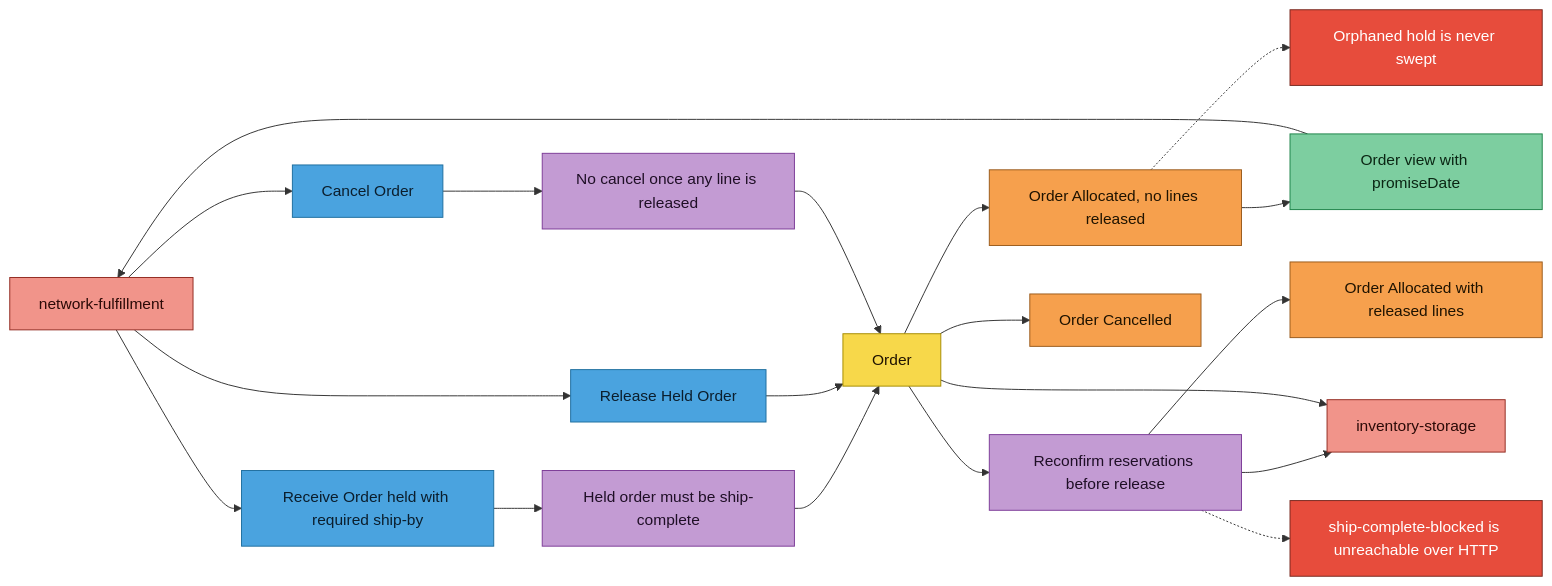
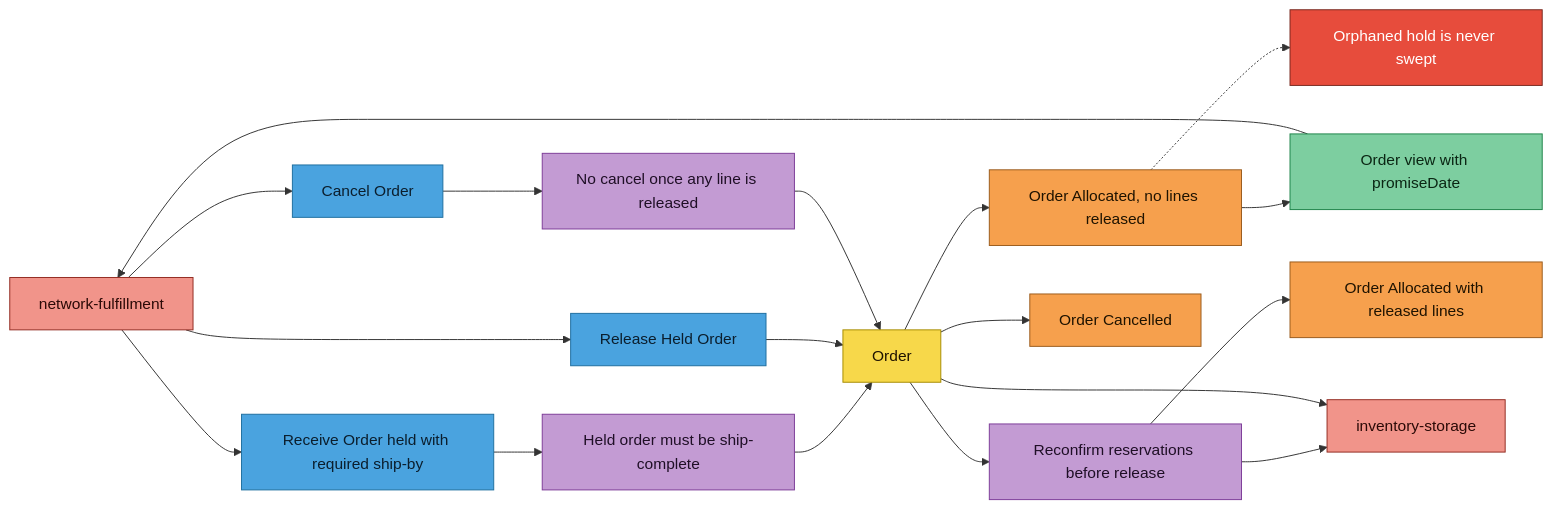
Before and after one commit to IQVO/warehouse-docs: the third of 4 diagrams in docs/contexts/order-management/eventstorming.md, drawn with Mermaid. The commit also changed other lines of this file and 107 other files, not shown here.

````diff
--- a/docs/contexts/order-management/eventstorming.md
+++ b/docs/contexts/order-management/eventstorming.md
@@ -109,38 +111,36 @@
 ```mermaid
 flowchart LR
   NF["network-fulfillment"]:::external
   ROH["Receive Order held with required ship-by"]:::command
   O2["Order"]:::aggregate
   P3["Held order must be ship-complete"]:::policy
   E7["Order Allocated, no lines released"]:::event
   RV["Order view with promiseDate"]:::readmodel
   RH["Release Held Order"]:::command
   P4["Reconfirm reservations before release"]:::policy
   E8["Order Allocated with released lines"]:::event
   CO["Cancel Order"]:::command
   P5["No cancel once any line is released"]:::policy
   INV2["inventory-storage"]:::external
   E9["Order Cancelled"]:::event
   H3["Orphaned hold is never swept"]:::hotspot
-  H4["ship-complete-blocked is unreachable over HTTP"]:::hotspot
 
   NF --> ROH --> P3 --> O2
   O2 --> E7 --> RV --> NF
   NF --> RH --> O2
   O2 --> P4 --> INV2
   P4 --> E8
   NF --> CO --> P5 --> O2
   O2 --> INV2
   O2 --> E9
   E7 -.-> H3
-  P4 -.-> H4
 
   classDef actor fill:#fff59d,stroke:#b59f00,color:#1f1300,font-size:11px;
   classDef command fill:#4aa3df,stroke:#1f6f9f,color:#0b1e2d;
   classDef aggregate fill:#f7d84a,stroke:#a68b00,color:#1f1300;
   classDef event fill:#f6a04d,stroke:#9a5b1c,color:#1f1300;
   classDef policy fill:#c39bd3,stroke:#7d3c98,color:#1f0f26;
   classDef readmodel fill:#7dcea0,stroke:#1e8449,color:#0b2614;
   classDef external fill:#f1948a,stroke:#922b21,color:#2b0a07;
   classDef hotspot fill:#e74c3c,stroke:#78281f,color:#ffffff;
 ```
````
